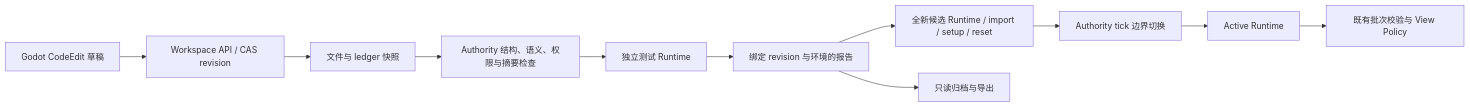
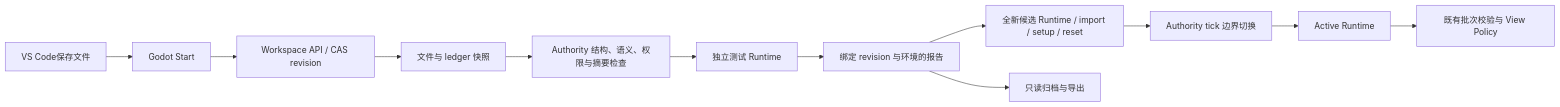
Before and after one commit to Yangyongyu0506/TankBot: the diagram in docs/17_EDITOR_AND_DEPLOYMENT.md, drawn with Mermaid. The commit also changed other lines of this file and 43 other files, not shown here.

````diff
--- a/docs/17_EDITOR_AND_DEPLOYMENT.md
+++ b/docs/17_EDITOR_AND_DEPLOYMENT.md
@@ -17,13 +17,14 @@
 ```mermaid
 flowchart LR
-    CM[Godot CodeEdit 草稿] --> SAVE[Workspace API / CAS revision]
+    CM[VS Code保存文件] --> START[Godot Start]
+    START --> SAVE[Workspace API / CAS revision]
     SAVE --> SNAP[文件与 ledger 快照]
     SNAP --> CHECK[Authority 结构、语义、权限与摘要检查]
     CHECK --> TEST[独立测试 Runtime]
     TEST --> REPORT[绑定 revision 与环境的报告]
     REPORT --> STAGE[全新候选 Runtime / import / setup / reset]
     STAGE --> GATE[Authority tick 边界切换]
     GATE --> ACTIVE[Active Runtime]
     ACTIVE --> OUTPUT[既有批次校验与 View Policy]
     REPORT --> ARCHIVE[只读归档与导出]
 ```
````
